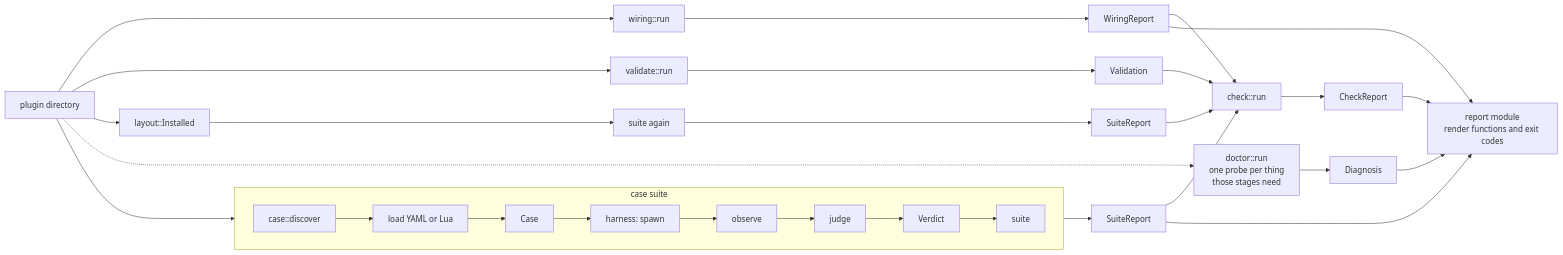
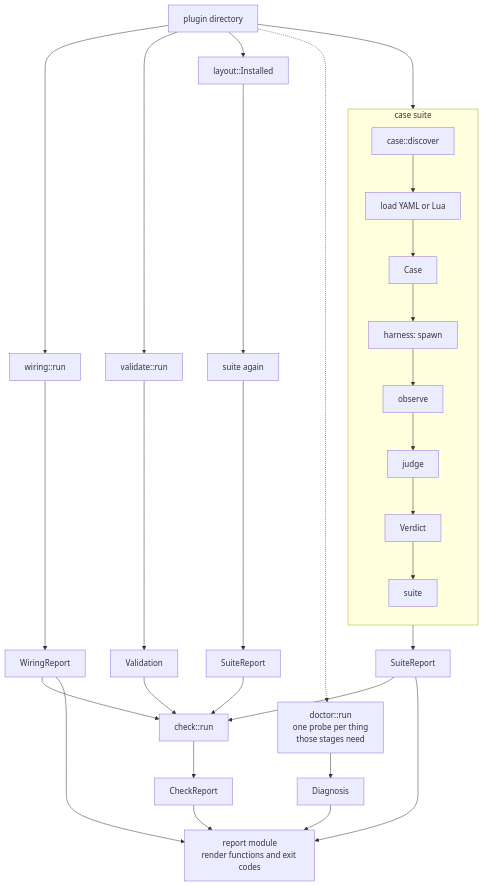
One commit to airsstack/claudestacks changed the first of 2 diagrams in book/src/ch09-02-engine.md. Above: the diagram before and after it, drawn with Mermaid. The commit also changed 6 other files, not shown here.

````diff
--- a/book/src/ch09-02-engine.md
+++ b/book/src/ch09-02-engine.md
@@ -55,35 +55,35 @@
 ```mermaid
-flowchart LR
+flowchart TD
     dir["plugin directory"]
 
     subgraph cases["case suite"]
-        direction LR
+        direction TD
         discover["case::discover"] --> load["load YAML or Lua"]
         load --> Case
         Case --> spawn["harness: spawn"]
         spawn --> observe
         observe --> judge
         judge --> Verdict
         Verdict --> suite
     end
 
     dir --> discover
     suite --> SuiteReport
     dir --> wiringrun["wiring::run"] --> WiringReport
     dir --> validaterun["validate::run"] --> Validation
     dir --> installed["layout::Installed"] --> again["suite again"] --> InstalledReport["SuiteReport"]
 
     SuiteReport --> checkrun["check::run"]
     WiringReport --> checkrun
     Validation --> checkrun
     InstalledReport --> checkrun
     checkrun --> CheckReport
 
     dir -.-> doctorrun["doctor::run<br/>one probe per thing<br/>those stages need"]
     doctorrun --> Diagnosis
 
     CheckReport --> render["report module<br/>render functions and exit codes"]
     Diagnosis --> render
     SuiteReport --> render
     WiringReport --> render
 ```
````
